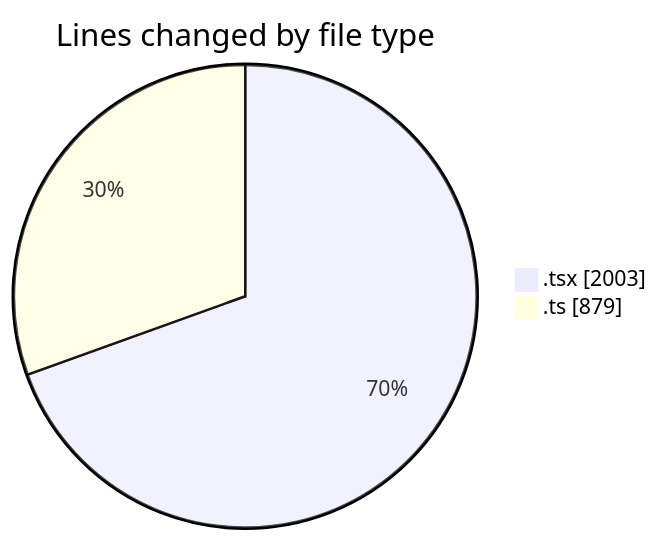
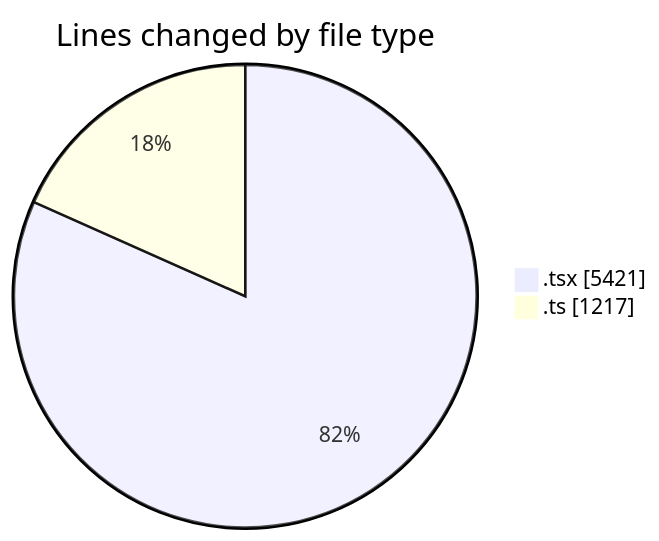
Before and after one commit to nxtqubesakshisongat/code-tracking: the first of 2 diagrams in 2026-02-27/nxtqube_webapp/README.md, drawn with Mermaid. The commit also changed other lines of this file and 1 other file, not shown here.

````diff
--- a/2026-02-27/nxtqube_webapp/README.md
+++ b/2026-02-27/nxtqube_webapp/README.md
@@ -25,6 +25,6 @@
 ```mermaid
 pie showData
 title Lines changed by file type
-".tsx" : 2003
-".ts" : 879
+".tsx" : 5421
+".ts" : 1217
 ```
````
